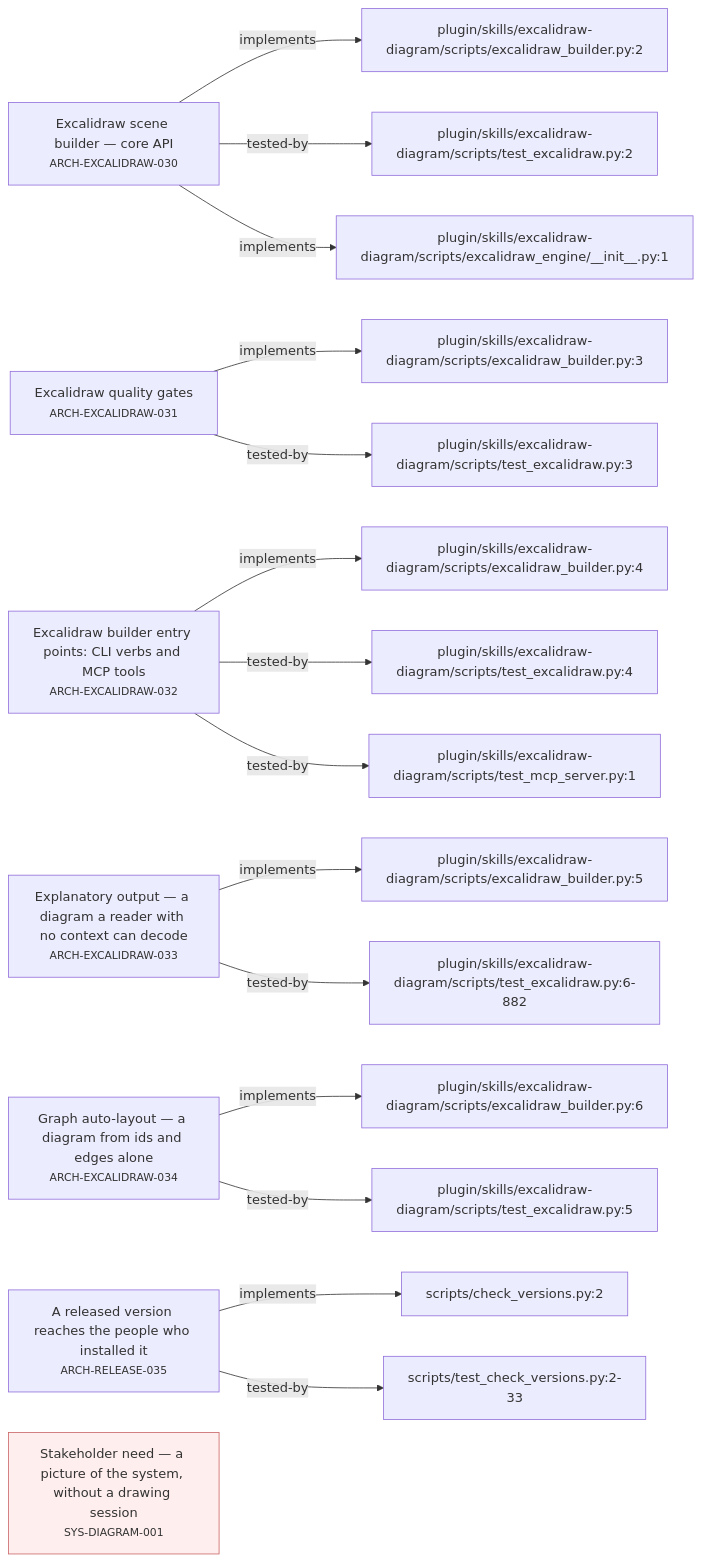
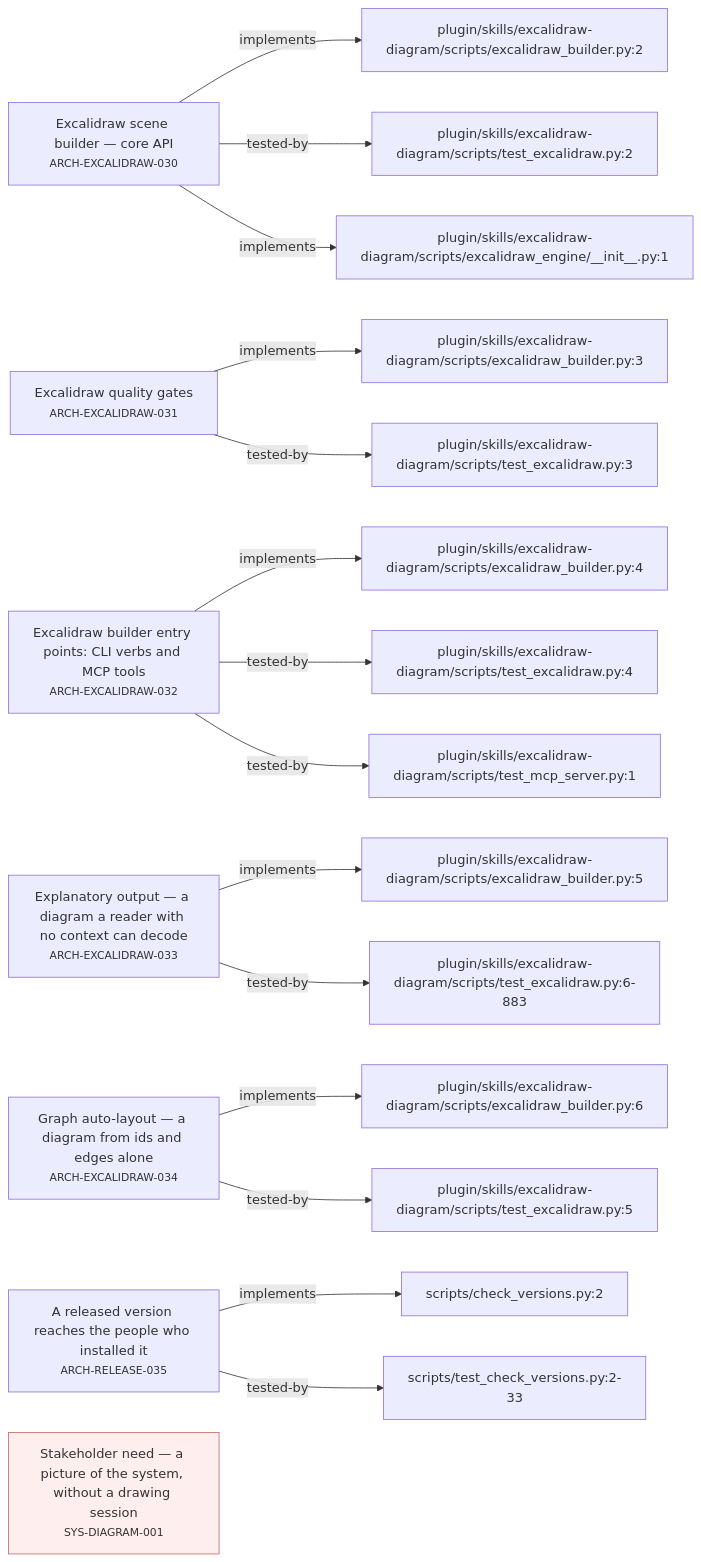
The second of 4 diagrams in requirements/_map.md (alxmax/excalidraw-diagram), drawn with Mermaid before and after one commit. The commit also changed 2 other files, not shown here.

Commit message:
Add xml to the stdlib list the Python 3.9 test falls back on
sys.stdlib_module_names exists from 3.10, so on 3.9 the stdlib-only test uses a fixed
list, and it lacked xml, which svg.py now imports. xml is in the standard library; the
list was only incomplete. Checked by running the test with sys.stdlib_module_names
removed.

````diff
--- a/requirements/_map.md
+++ b/requirements/_map.md
@@ -55,39 +55,39 @@
 ```mermaid
 graph LR
   ARCH_EXCALIDRAW_030["Excalidraw scene builder — core API<br><small>ARCH-EXCALIDRAW-030</small>"]
   f_plugin_skills_excalidraw_diagram_scripts_excalidraw_builder_py_2["plugin/skills/excalidraw-diagram/scripts/excalidraw_builder.py:2"]
   ARCH_EXCALIDRAW_030 -->|implements| f_plugin_skills_excalidraw_diagram_scripts_excalidraw_builder_py_2
   f_plugin_skills_excalidraw_diagram_scripts_test_excalidraw_py_2["plugin/skills/excalidraw-diagram/scripts/test_excalidraw.py:2"]
   ARCH_EXCALIDRAW_030 -->|tested-by| f_plugin_skills_excalidraw_diagram_scripts_test_excalidraw_py_2
   f_plugin_skills_excalidraw_diagram_scripts_excalidraw_engine___init___py_1["plugin/skills/excalidraw-diagram/scripts/excalidraw_engine/__init__.py:1"]
   ARCH_EXCALIDRAW_030 -->|implements| f_plugin_skills_excalidraw_diagram_scripts_excalidraw_engine___init___py_1
   ARCH_EXCALIDRAW_031["Excalidraw quality gates<br><small>ARCH-EXCALIDRAW-031</small>"]
   f_plugin_skills_excalidraw_diagram_scripts_excalidraw_builder_py_3["plugin/skills/excalidraw-diagram/scripts/excalidraw_builder.py:3"]
   ARCH_EXCALIDRAW_031 -->|implements| f_plugin_skills_excalidraw_diagram_scripts_excalidraw_builder_py_3
   f_plugin_skills_excalidraw_diagram_scripts_test_excalidraw_py_3["plugin/skills/excalidraw-diagram/scripts/test_excalidraw.py:3"]
   ARCH_EXCALIDRAW_031 -->|tested-by| f_plugin_skills_excalidraw_diagram_scripts_test_excalidraw_py_3
   ARCH_EXCALIDRAW_032["Excalidraw builder entry points: CLI verbs and MCP tools<br><small>ARCH-EXCALIDRAW-032</small>"]
   f_plugin_skills_excalidraw_diagram_scripts_excalidraw_builder_py_4["plugin/skills/excalidraw-diagram/scripts/excalidraw_builder.py:4"]
   ARCH_EXCALIDRAW_032 -->|implements| f_plugin_skills_excalidraw_diagram_scripts_excalidraw_builder_py_4
   f_plugin_skills_excalidraw_diagram_scripts_test_excalidraw_py_4["plugin/skills/excalidraw-diagram/scripts/test_excalidraw.py:4"]
   ARCH_EXCALIDRAW_032 -->|tested-by| f_plugin_skills_excalidraw_diagram_scripts_test_excalidraw_py_4
   f_plugin_skills_excalidraw_diagram_scripts_test_mcp_server_py_1["plugin/skills/excalidraw-diagram/scripts/test_mcp_server.py:1"]
   ARCH_EXCALIDRAW_032 -->|tested-by| f_plugin_skills_excalidraw_diagram_scripts_test_mcp_server_py_1
   ARCH_EXCALIDRAW_033["Explanatory output — a diagram a reader with no context can decode<br><small>ARCH-EXCALIDRAW-033</small>"]
   f_plugin_skills_excalidraw_diagram_scripts_excalidraw_builder_py_5["plugin/skills/excalidraw-diagram/scripts/excalidraw_builder.py:5"]
   ARCH_EXCALIDRAW_033 -->|implements| f_plugin_skills_excalidraw_diagram_scripts_excalidraw_builder_py_5
-  f_plugin_skills_excalidraw_diagram_scripts_test_excalidraw_py_6_882["plugin/skills/excalidraw-diagram/scripts/test_excalidraw.py:6-882"]
-  ARCH_EXCALIDRAW_033 -->|tested-by| f_plugin_skills_excalidraw_diagram_scripts_test_excalidraw_py_6_882
+  f_plugin_skills_excalidraw_diagram_scripts_test_excalidraw_py_6_883["plugin/skills/excalidraw-diagram/scripts/test_excalidraw.py:6-883"]
+  ARCH_EXCALIDRAW_033 -->|tested-by| f_plugin_skills_excalidraw_diagram_scripts_test_excalidraw_py_6_883
   ARCH_EXCALIDRAW_034["Graph auto-layout — a diagram from ids and edges alone<br><small>ARCH-EXCALIDRAW-034</small>"]
   f_plugin_skills_excalidraw_diagram_scripts_excalidraw_builder_py_6["plugin/skills/excalidraw-diagram/scripts/excalidraw_builder.py:6"]
   ARCH_EXCALIDRAW_034 -->|implements| f_plugin_skills_excalidraw_diagram_scripts_excalidraw_builder_py_6
   f_plugin_skills_excalidraw_diagram_scripts_test_excalidraw_py_5["plugin/skills/excalidraw-diagram/scripts/test_excalidraw.py:5"]
   ARCH_EXCALIDRAW_034 -->|tested-by| f_plugin_skills_excalidraw_diagram_scripts_test_excalidraw_py_5
   ARCH_RELEASE_035["A released version reaches the people who installed it<br><small>ARCH-RELEASE-035</small>"]
   f_scripts_check_versions_py_2["scripts/check_versions.py:2"]
   ARCH_RELEASE_035 -->|implements| f_scripts_check_versions_py_2
   f_scripts_test_check_versions_py_2_33["scripts/test_check_versions.py:2-33"]
   ARCH_RELEASE_035 -->|tested-by| f_scripts_test_check_versions_py_2_33
   SYS_DIAGRAM_001["Stakeholder need — a picture of the system, without a drawing session<br><small>SYS-DIAGRAM-001</small>"]
   style SYS_DIAGRAM_001 fill:#fee,stroke:#c66
 ```
````
